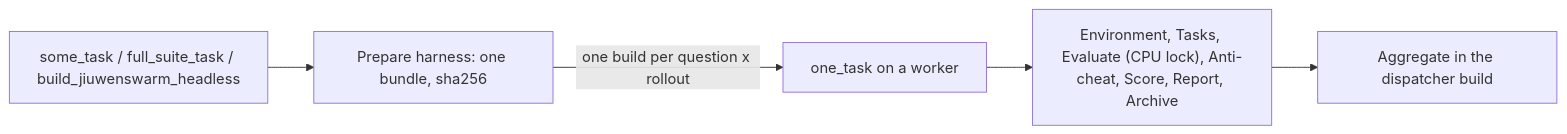
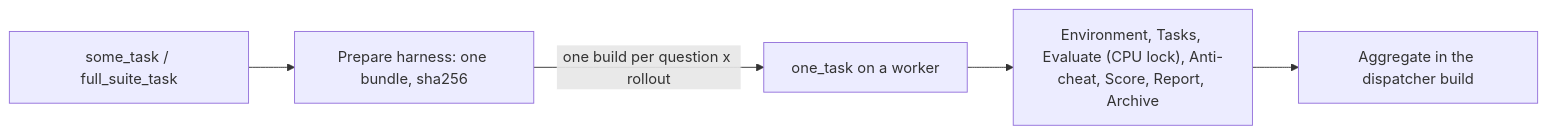
Before and after one commit to MichaelLing83/mac-k3d: the diagram in docs/jenkins-jobs.md, drawn with Mermaid. The commit also changed other lines of this file and 28 other files, not shown here.

````diff
--- a/docs/jenkins-jobs.md
+++ b/docs/jenkins-jobs.md
@@ -14,7 +27,7 @@
 ```mermaid
 flowchart LR
-  some["some_task / full_suite_task / build_jiuwenswarm_headless"] --> prep["Prepare harness: one bundle, sha256"]
+  some["some_task / full_suite_task"] --> prep["Prepare harness: one bundle, sha256"]
   prep -->|"one build per question x rollout"| one["one_task on a worker"]
   one --> stages["Environment, Tasks, Evaluate (CPU lock), Anti-cheat, Score, Report, Archive"]
   stages --> agg["Aggregate in the dispatcher build"]
 ```
````
